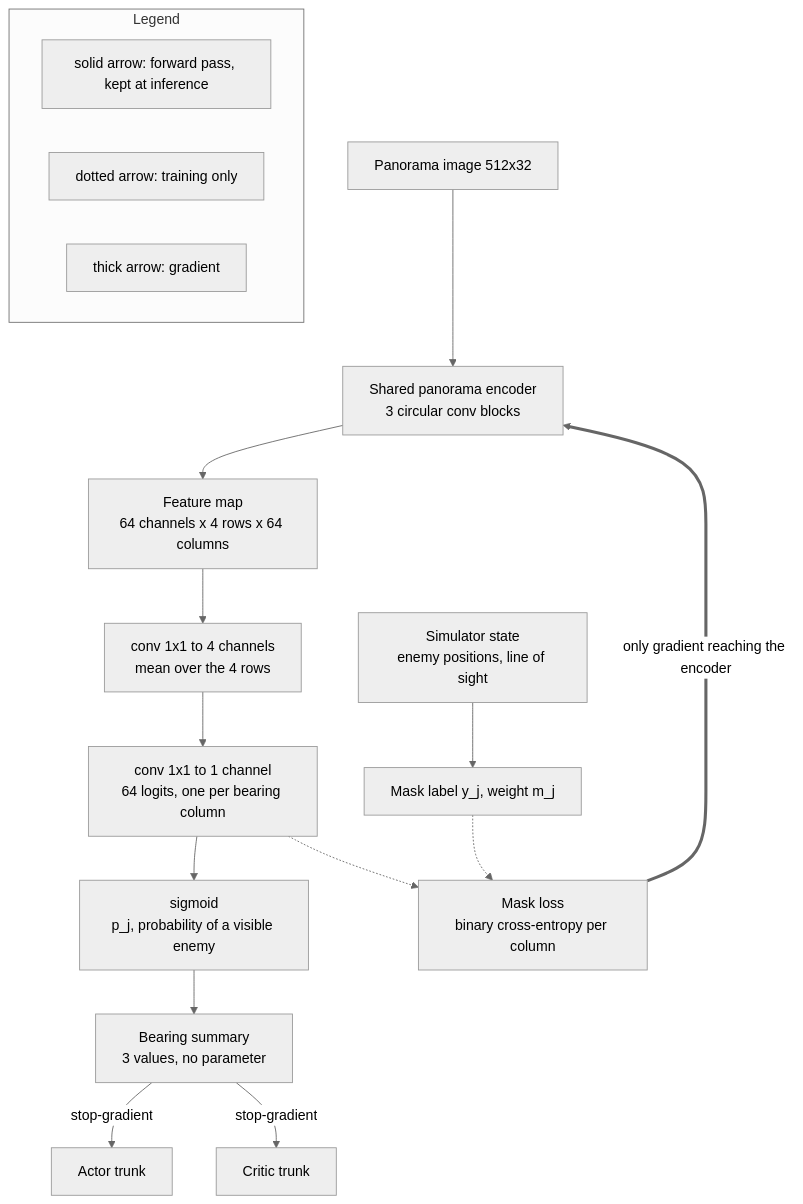
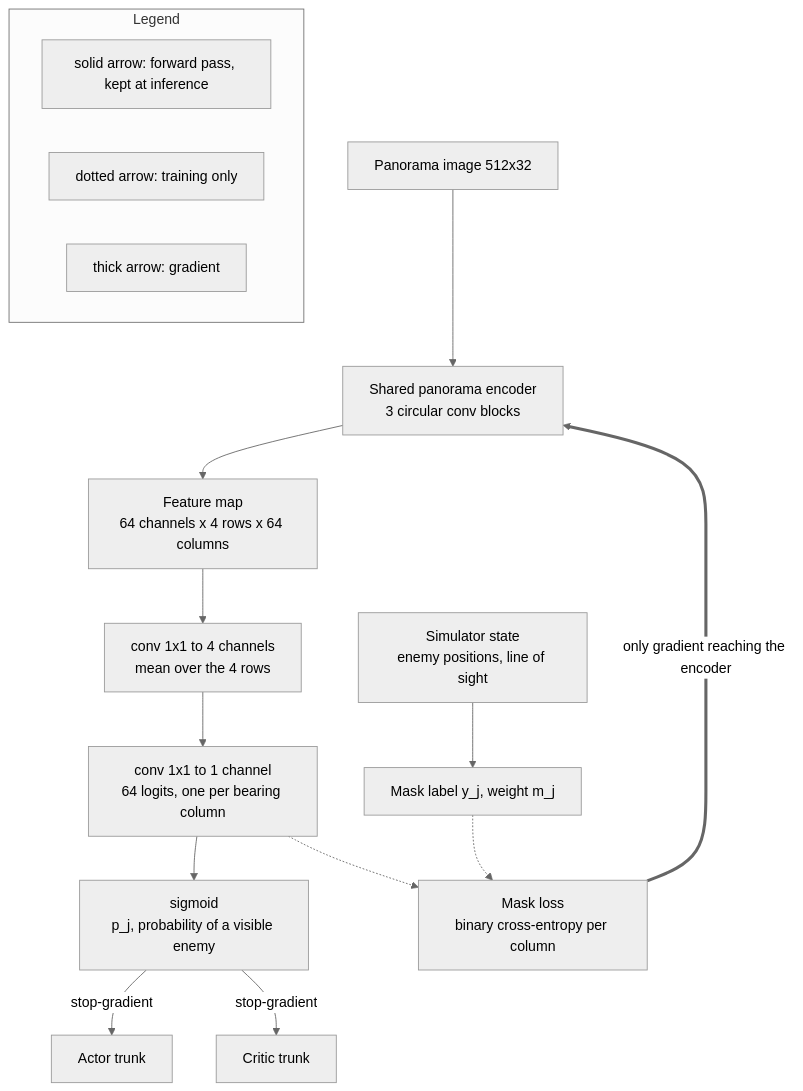
The diagram in .claude/plans/2026-11-27_panorama-mask.md (Ipsedo/ArenAI), drawn with Mermaid (neutral theme) before and after one commit. The commit also changed other lines of this file, not shown here.

````diff
--- a/.claude/plans/2026-11-27_panorama-mask.md
+++ b/.claude/plans/2026-11-27_panorama-mask.md
@@ -46,22 +44,21 @@
 ```mermaid
 flowchart TD
     P[Panorama image 512x32] --> E[Shared panorama encoder<br/>3 circular conv blocks]
     E --> F[Feature map<br/>64 channels x 4 rows x 64 columns]
     F --> A[conv 1x1 to 4 channels<br/>mean over the 4 rows]
     A --> L[conv 1x1 to 1 channel<br/>64 logits, one per bearing column]
     L --> S[sigmoid<br/>p_j, probability of a visible enemy]
-    S --> B[Bearing summary<br/>3 values, no parameter]
-    B -->|stop-gradient| TA[Actor trunk]
-    B -->|stop-gradient| TC[Critic trunk]
+    S -->|stop-gradient| TA[Actor trunk]
+    S -->|stop-gradient| TC[Critic trunk]
     Y[Simulator state<br/>enemy positions, line of sight] --> M[Mask label y_j, weight m_j]
     L -.-> LOSS[Mask loss<br/>binary cross-entropy per column]
     M -.-> LOSS
     LOSS ==>|only gradient reaching the encoder| E
 
     subgraph Legend
         direction LR
         k1[solid arrow: forward pass, kept at inference]
         k2[dotted arrow: training only]
         k3[thick arrow: gradient]
     end
 ```
````
